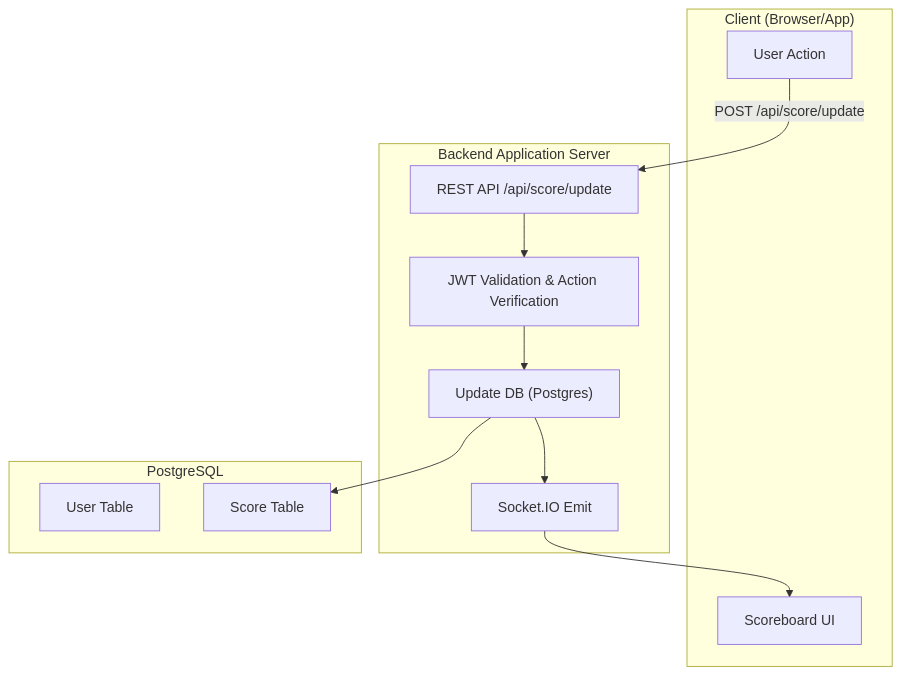
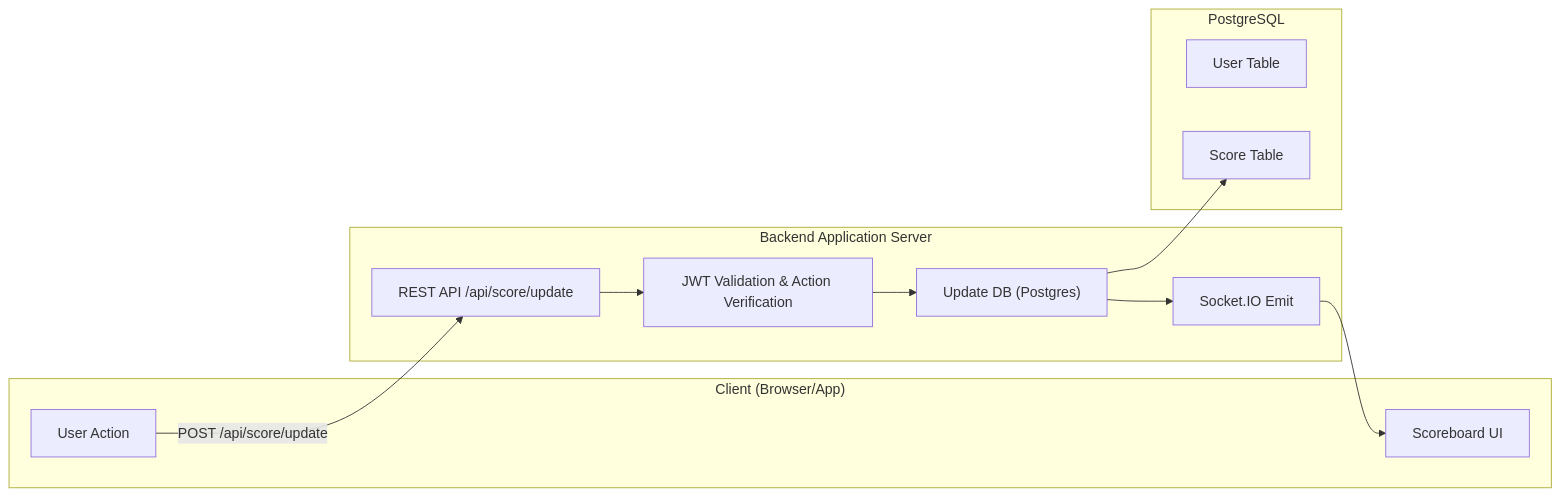
Before and after one commit to lvhoanthanh/react-login: the diagram in backend/readme.md, drawn with Mermaid.

````diff
--- a/backend/readme.md
+++ b/backend/readme.md
@@ -185,29 +185,30 @@
 ```mermaid
-flowchart TB
+flowchart LR
 
-    %% Client (Cột 1 - Bên trái)
+    %% Cột 1: Client
     subgraph Client["Client (Browser/App)"]
         A1["User Action"]
         A2["Scoreboard UI"]
     end
 
-    %% Backend (Cột 2 - Giữa)
+    %% Cột 2: Backend
     subgraph Backend["Backend Application Server"]
         B1["REST API /api/score/update"]
         B2["JWT Validation & Action Verification"]
         B3["Update DB (Postgres)"]
         B4["Socket.IO Emit"]
     end
 
-    %% Database (Cột 3 - Bên phải)
+    %% Cột 3: Database
     subgraph DB["PostgreSQL"]
         D1["User Table"]
         D2["Score Table"]
     end
 
-    %% Flow
+    %% Luồng xử lý
     A1 -->|POST /api/score/update| B1
     B1 --> B2 --> B3 --> D2
     B3 --> B4 --> A2
 
+
 ```
````
